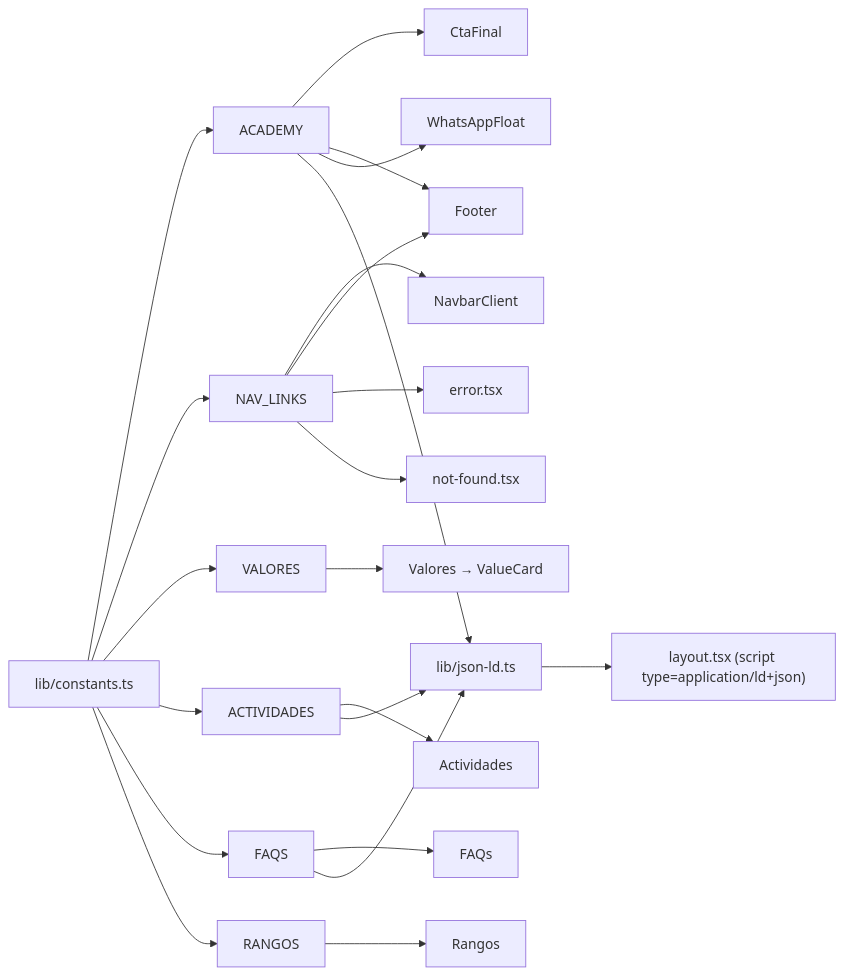
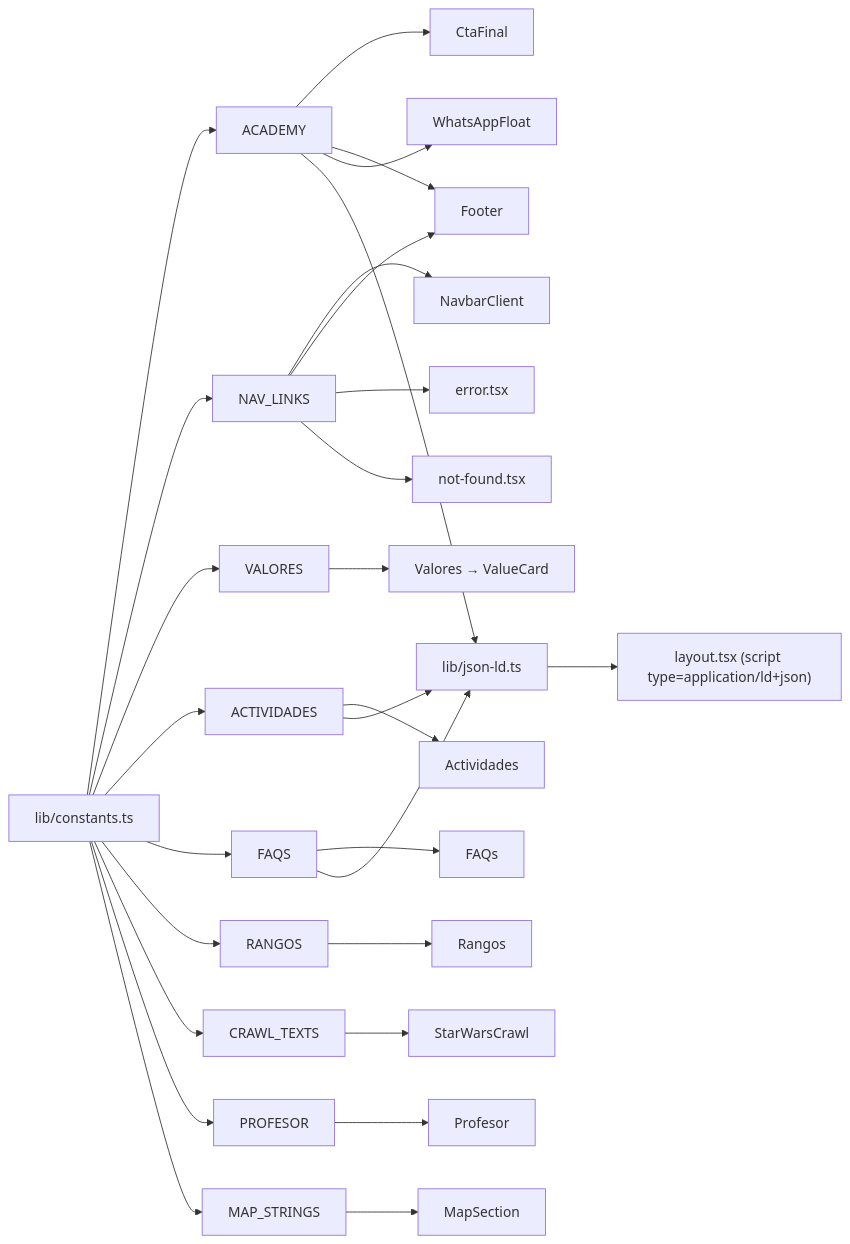
Before and after one commit to EzequielCDeveloper/ludosport: the second of 2 diagrams in ARCHITECTURE.md, drawn with Mermaid. The commit also changed other lines of this file and 4 other files, not shown here.

````diff
--- a/ARCHITECTURE.md
+++ b/ARCHITECTURE.md
@@ -115,31 +111,38 @@
 ```mermaid
 flowchart LR
     CT["lib/constants.ts"] --> CT_AC["ACADEMY"]
     CT --> CT_NL["NAV_LINKS"]
     CT --> CT_V["VALORES"]
     CT --> CT_A["ACTIVIDADES"]
     CT --> CT_F["FAQS"]
     CT --> CT_R["RANGOS"]
+    CT --> CT_CRAWL["CRAWL_TEXTS"]
+    CT --> CT_PROF["PROFESOR"]
+    CT --> CT_MAP["MAP_STRINGS"]
 
     CT_AC --> CTA["CtaFinal"]
     CT_AC --> FOOT["Footer"]
     CT_AC --> WHATS["WhatsAppFloat"]
     CT_AC --> JLD["lib/json-ld.ts"]
 
     CT_NL --> NC["NavbarClient"]
     CT_NL --> FOOT
     CT_NL --> ERR["error.tsx"]
     CT_NL --> NF["not-found.tsx"]
 
     CT_V --> VAL["Valores → ValueCard"]
 
     CT_A --> ACT["Actividades"]
     CT_A --> JLD
 
     CT_F --> FAQS["FAQs"]
     CT_F --> JLD
 
     CT_R --> RANG["Rangos"]
 
+    CT_CRAWL --> CRAWL["StarWarsCrawl"]
+    CT_PROF --> PROF["Profesor"]
+    CT_MAP --> MAP["MapSection"]
+
     JLD --> LAY["layout.tsx (script type=application/ld+json)"]
 ```
````
